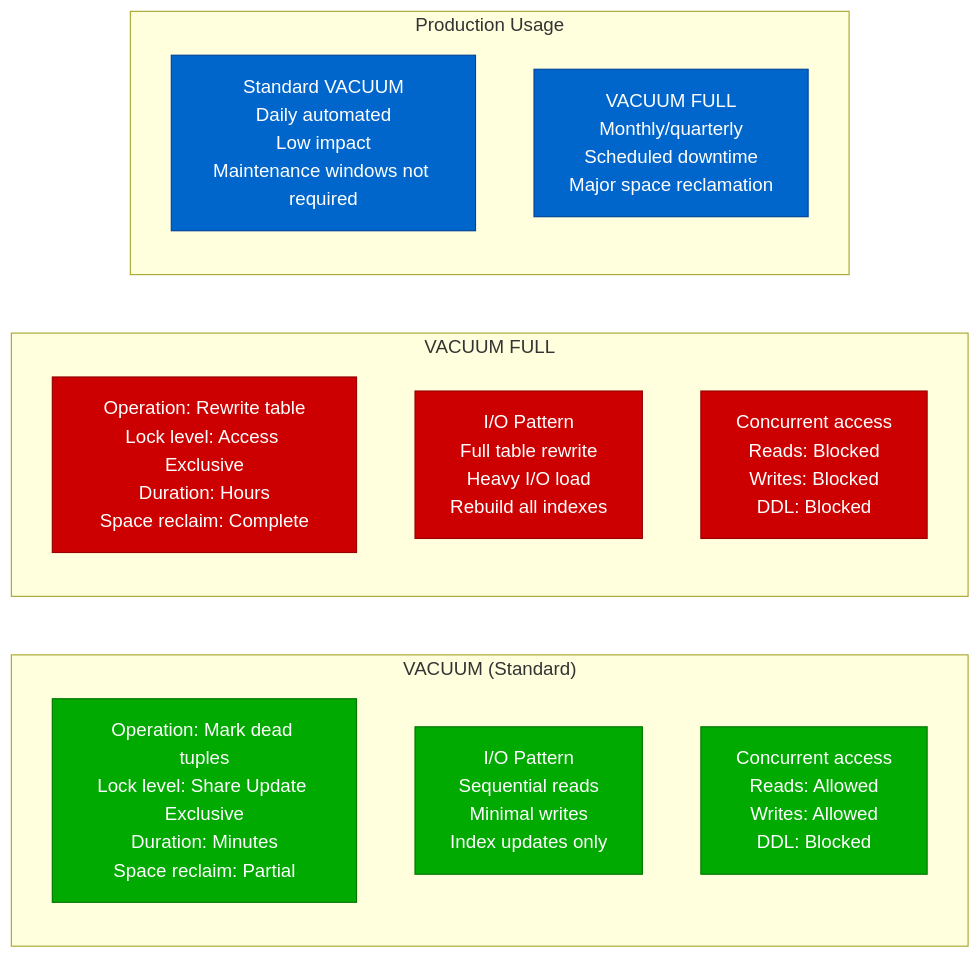
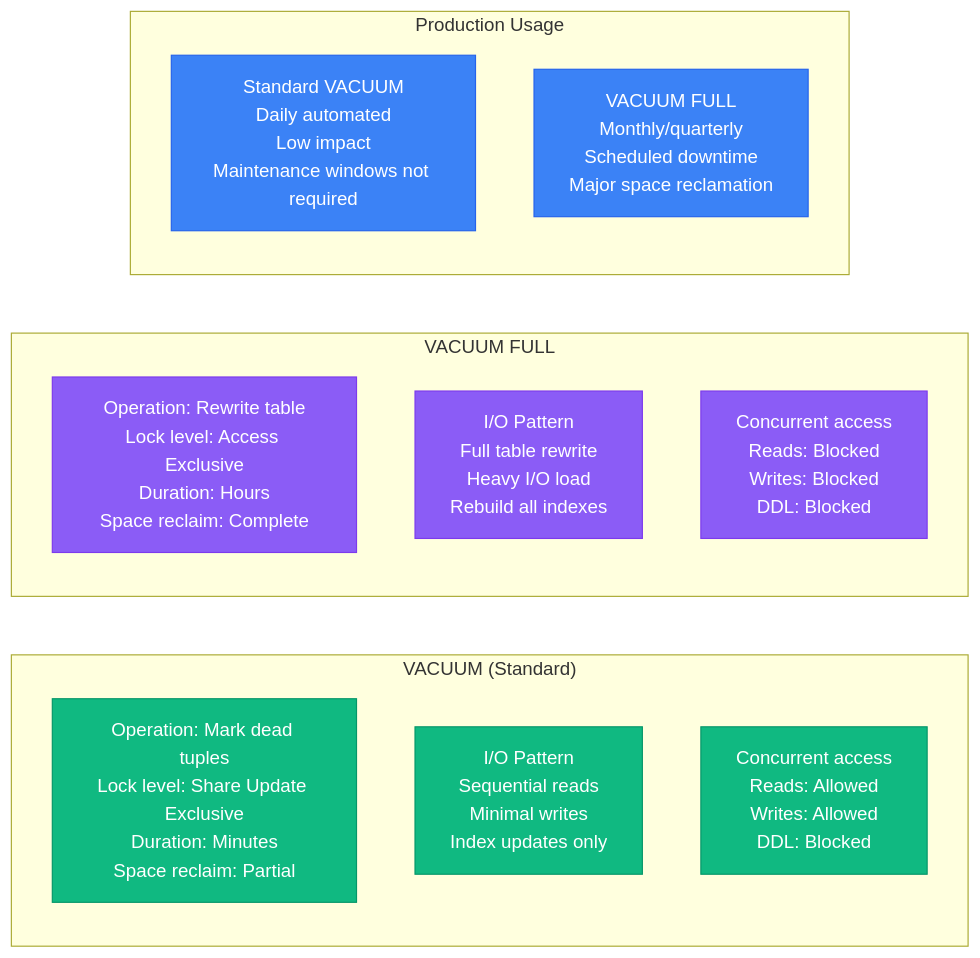
Before and after one commit to deepaucksharma/DS: the eighth of 10 diagrams in site/docs/performance/postgresql-performance-profile.md, drawn with Mermaid. The commit also changed other lines of this file and 303 other files, not shown here.

````diff
--- a/site/docs/performance/postgresql-performance-profile.md
+++ b/site/docs/performance/postgresql-performance-profile.md
@@ -263,32 +263,32 @@
 ```mermaid
 graph LR
     subgraph "VACUUM (Standard)"
         V1[Operation: Mark dead tuples<br/>Lock level: Share Update Exclusive<br/>Duration: Minutes<br/>Space reclaim: Partial]
 
         V2[I/O Pattern<br/>Sequential reads<br/>Minimal writes<br/>Index updates only]
 
         V3[Concurrent access<br/>Reads: Allowed<br/>Writes: Allowed<br/>DDL: Blocked]
     end
 
     subgraph "VACUUM FULL"
         VF1[Operation: Rewrite table<br/>Lock level: Access Exclusive<br/>Duration: Hours<br/>Space reclaim: Complete]
 
         VF2[I/O Pattern<br/>Full table rewrite<br/>Heavy I/O load<br/>Rebuild all indexes]
 
         VF3[Concurrent access<br/>Reads: Blocked<br/>Writes: Blocked<br/>DDL: Blocked]
     end
 
     subgraph "Production Usage"
         U1[Standard VACUUM<br/>Daily automated<br/>Low impact<br/>Maintenance windows not required]
 
         U2[VACUUM FULL<br/>Monthly/quarterly<br/>Scheduled downtime<br/>Major space reclamation]
     end
 
-    classDef standardStyle fill:#00AA00,stroke:#007700,color:#fff
-    classDef fullStyle fill:#CC0000,stroke:#990000,color:#fff
-    classDef usageStyle fill:#0066CC,stroke:#004499,color:#fff
+    classDef standardStyle fill:#10B981,stroke:#059669,color:#fff
+    classDef fullStyle fill:#8B5CF6,stroke:#7C3AED,color:#fff
+    classDef usageStyle fill:#3B82F6,stroke:#2563EB,color:#fff
 
     class V1,V2,V3,U1 standardStyle
     class VF1,VF2,VF3,U2 fullStyle
     class U1,U2 usageStyle
 ```
````
